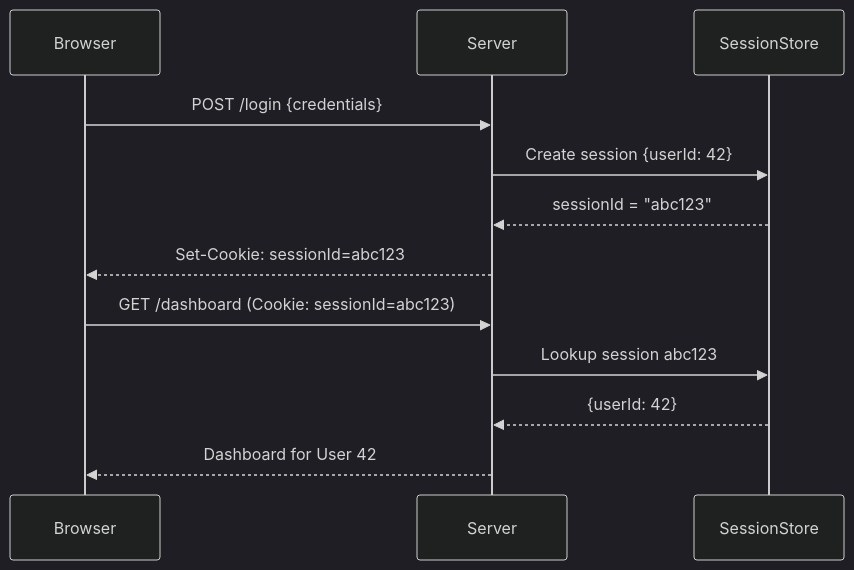
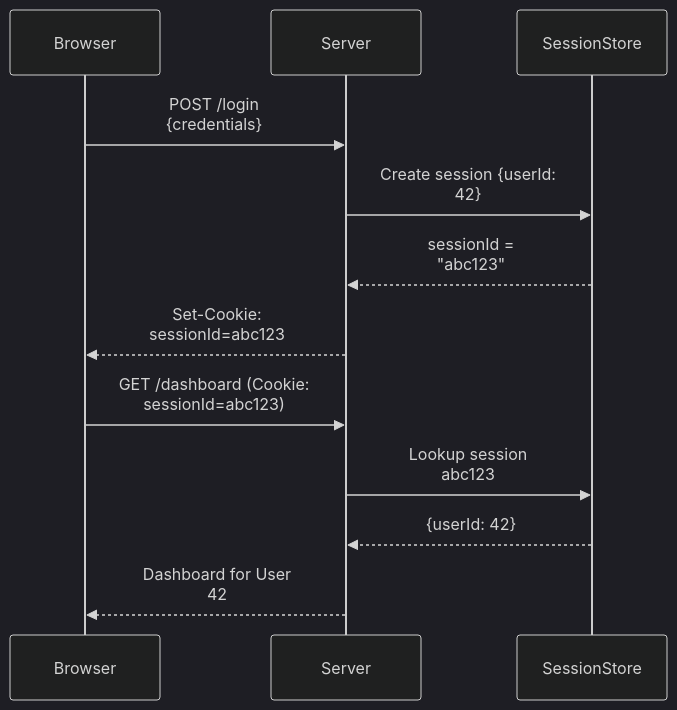
Before and after one commit to amitdevx/TY: the second of 4 diagrams in 02-Semester-VI/CS-353-MJ-T-Web-Technology-II/Unit-4.md, drawn with Mermaid (dark theme). The commit also changed other lines of this file and 65 other files, not shown here.

Commit message:
fix:graph vertical

````diff
--- a/02-Semester-VI/CS-353-MJ-T-Web-Technology-II/Unit-4.md
+++ b/02-Semester-VI/CS-353-MJ-T-Web-Technology-II/Unit-4.md
@@ -75,16 +75,16 @@
 ```mermaid
 sequenceDiagram
     participant Browser
     participant Server
     participant SessionStore
     
-    Browser->>Server: POST /login {credentials}
-    Server->>SessionStore: Create session {userId: 42}
-    SessionStore-->>Server: sessionId = "abc123"
-    Server-->>Browser: Set-Cookie: sessionId=abc123
+    Browser->>Server: POST /login<br/>{credentials}
+    Server->>SessionStore: Create session {userId:<br/>42}
+    SessionStore-->>Server: sessionId =<br/>"abc123"
+    Server-->>Browser: Set-Cookie:<br/>sessionId=abc123
     
-    Browser->>Server: GET /dashboard (Cookie: sessionId=abc123)
-    Server->>SessionStore: Lookup session abc123
+    Browser->>Server: GET /dashboard (Cookie:<br/>sessionId=abc123)
+    Server->>SessionStore: Lookup session<br/>abc123
     SessionStore-->>Server: {userId: 42}
-    Server-->>Browser: Dashboard for User 42
+    Server-->>Browser: Dashboard for User<br/>42
 ```
````
